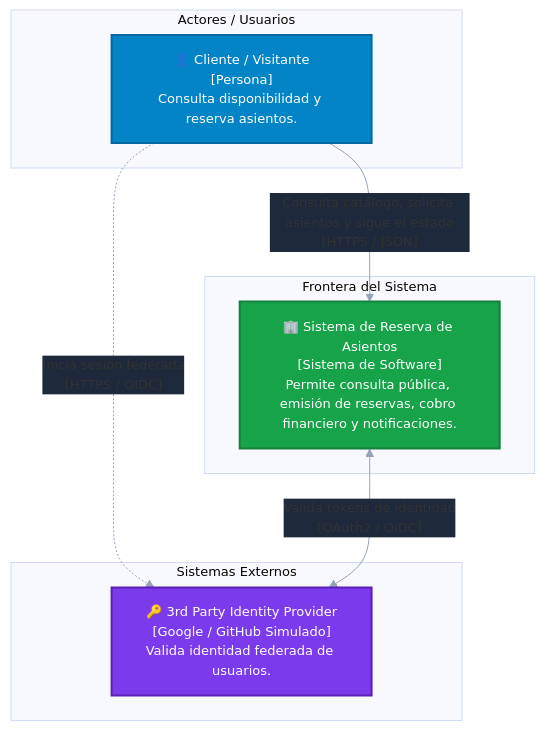
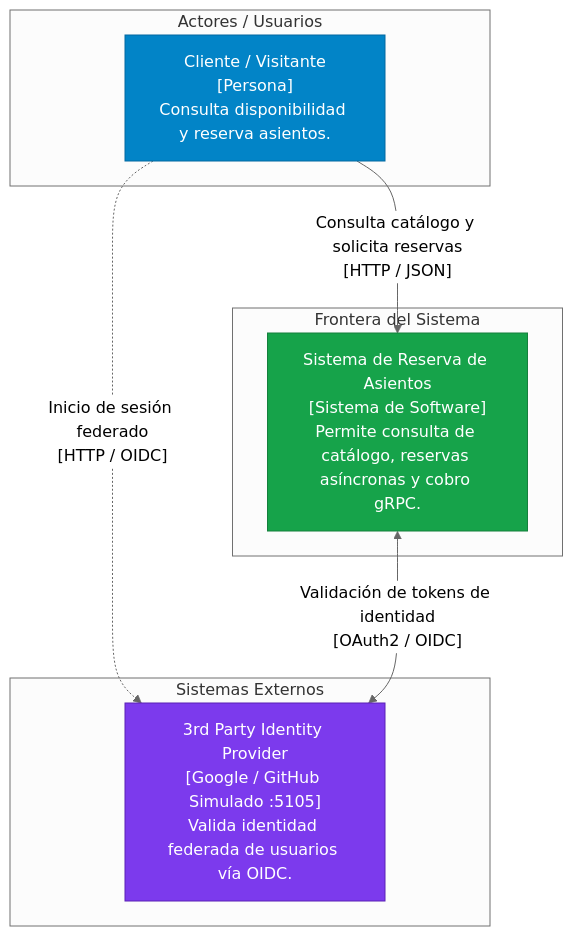
The diagram in docs/c4/01_system_context.md (arza-developer/tp-distribuidos-grupo2-asientos), drawn with Mermaid before and after one commit. The commit also changed other lines of this file and 11 other files, not shown here.

Commit message:
docs: corregir contraste neutral mermaid, eliminar inconsistencias y sincronizar e2e

````diff
--- a/docs/c4/01_system_context.md
+++ b/docs/c4/01_system_context.md
@@ -8,36 +8,27 @@
 ```mermaid
-%%{init: {
-  'theme': 'base',
-  'themeVariables': {
-    'fontSize': '13px',
-    'fontFamily': 'Segoe UI, Helvetica, sans-serif',
-    'textColor': '#f8fafc',
-    'lineColor': '#94a3b8',
-    'edgeLabelBackground': '#1e293b'
-  }
-}}%%
+%%{init: {'theme': 'neutral'}}%%
 flowchart TB
     subgraph Users["Actores / Usuarios"]
-        ClientUser["👤 Cliente / Visitante\n[Persona]\nConsulta disponibilidad y reserva asientos."]
+        ClientUser["Cliente / Visitante\n[Persona]\nConsulta disponibilidad y reserva asientos."]
     end
 
     subgraph SystemBoundary["Frontera del Sistema"]
-        SeatSystem["🏢 Sistema de Reserva de Asientos\n[Sistema de Software]\nPermite consulta pública, emisión de reservas, cobro financiero y notificaciones."]
+        SeatSystem["Sistema de Reserva de Asientos\n[Sistema de Software]\nPermite consulta de catálogo, reservas asíncronas y cobro gRPC."]
     end
 
     subgraph ExternalSystems["Sistemas Externos"]
-        IdP["🔑 3rd Party Identity Provider\n[Google / GitHub Simulado]\nValida identidad federada de usuarios."]
+        IdP["3rd Party Identity Provider\n[Google / GitHub Simulado :5105]\nValida identidad federada de usuarios vía OIDC."]
     end
 
-    ClientUser -->|"Consulta catálogo, solicita asientos y sigue el estado\n[HTTPS / JSON]"| SeatSystem
-    ClientUser -.->|"Inicia sesión federada\n[HTTPS / OIDC]"| IdP
-    SeatSystem <-->|"Valida tokens de identidad\n[OAuth2 / OIDC]"| IdP
+    ClientUser -->|"Consulta catálogo y solicita reservas\n[HTTP / JSON]"| SeatSystem
+    ClientUser -.->|"Inicio de sesión federado\n[HTTP / OIDC]"| IdP
+    SeatSystem <-->|"Validación de tokens de identidad\n[OAuth2 / OIDC]"| IdP
 
-    classDef userCls fill:#0284c7,stroke:#0369a1,color:#fff,stroke-width:2px;
-    classDef sysCls fill:#16a34a,stroke:#15803d,color:#fff,stroke-width:2px;
-    classDef extCls fill:#7c3aed,stroke:#5b21b6,color:#fff,stroke-width:2px;
+    classDef userCls fill:#0284c7,stroke:#0369a1,color:#ffffff;
+    classDef sysCls fill:#16a34a,stroke:#15803d,color:#ffffff;
+    classDef extCls fill:#7c3aed,stroke:#5b21b6,color:#ffffff;
 
     class ClientUser userCls;
     class SeatSystem sysCls;
     class IdP extCls;
 ```
````
